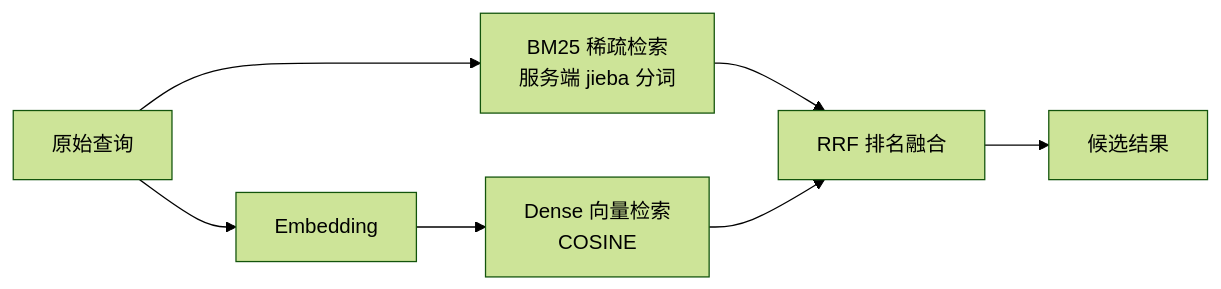
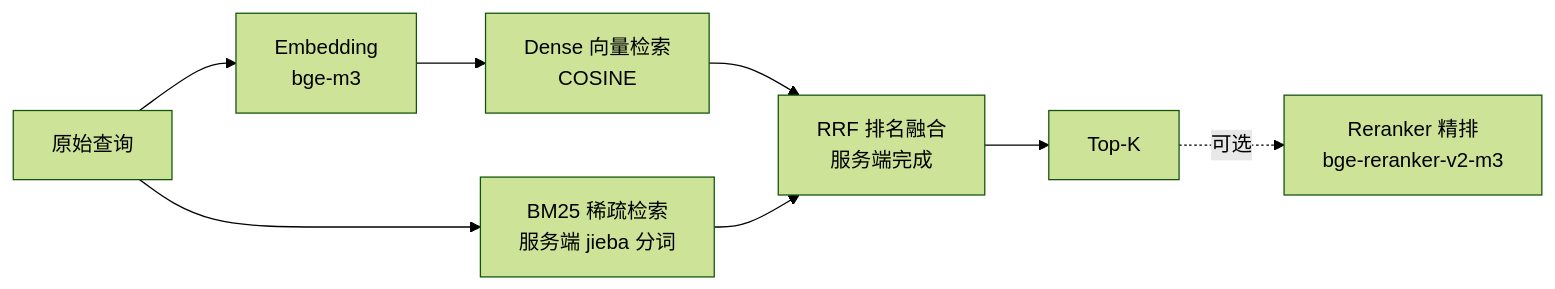
One commit to zqf20096327/ai_collect changed the seventh of 8 diagrams in data/readmes/YW216__pickwise-agent.md. Above: the diagram before and after it, drawn with Mermaid (forest theme). The commit also changed other lines of this file and 2708 other files, not shown here.

````diff
--- a/data/readmes/YW216__pickwise-agent.md
+++ b/data/readmes/YW216__pickwise-agent.md
@@ -144,9 +306,9 @@
 ```mermaid
 flowchart LR
-    Q[原始查询] --> S["BM25 稀疏检索<br/>服务端 jieba 分词"]
-    Q --> E[Embedding]
-    E --> D["Dense 向量检索<br/>COSINE"]
-    S --> R[RRF 排名融合]
-    D --> R
-    R --> O[候选结果]
+    Q["原始查询"] --> E["Embedding<br/>bge-m3"] --> D["Dense 向量检索<br/>COSINE"]
+    Q --> B["BM25 稀疏检索<br/>服务端 jieba 分词"]
+    D --> R["RRF 排名融合<br/>服务端完成"]
+    B --> R
+    R --> K["Top-K"]
+    K -.->|"可选"| RR["Reranker 精排<br/>bge-reranker-v2-m3"]
 ```
````
